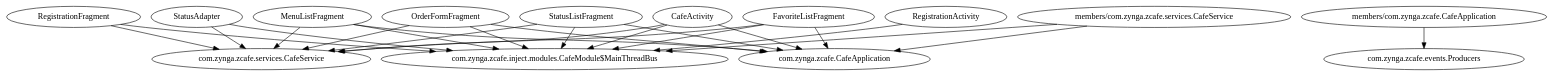
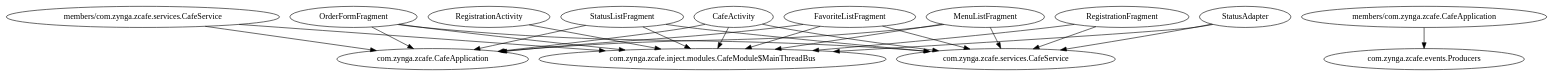
Before and after one commit to jprimas/zCafe: the diagram in zCafe/.apt_generated/com/zynga/zcafe/inject/modules/CafeModule.dot, drawn with Graphviz. The commit also changed 7 other files, not shown here.

```diff
--- a/zCafe/.apt_generated/com/zynga/zcafe/inject/modules/CafeModule.dot
+++ b/zCafe/.apt_generated/com/zynga/zcafe/inject/modules/CafeModule.dot
@@ -1,32 +1,32 @@
 digraph G1 {
   concentrate = true;
   n2 [label="com.zynga.zcafe.services.CafeService"];
   CafeActivity -> n2;
-  n3 [label="com.zynga.zcafe.inject.modules.CafeModule$MainThreadBus"];
+  n3 [label="com.zynga.zcafe.CafeApplication"];
   CafeActivity -> n3;
-  n4 [label="com.zynga.zcafe.CafeApplication"];
+  n4 [label="com.zynga.zcafe.inject.modules.CafeModule$MainThreadBus"];
   CafeActivity -> n4;
   FavoriteListFragment -> n2;
   FavoriteListFragment -> n3;
   FavoriteListFragment -> n4;
   MenuListFragment -> n2;
   MenuListFragment -> n3;
   MenuListFragment -> n4;
   OrderFormFragment -> n2;
   OrderFormFragment -> n3;
   OrderFormFragment -> n4;
-  RegistrationActivity -> n3;
+  RegistrationActivity -> n4;
   RegistrationFragment -> n2;
-  RegistrationFragment -> n3;
+  RegistrationFragment -> n4;
   StatusAdapter -> n2;
-  StatusAdapter -> n3;
+  StatusAdapter -> n4;
   StatusListFragment -> n2;
   StatusListFragment -> n3;
   StatusListFragment -> n4;
   n5 [label="members/com.zynga.zcafe.CafeApplication"];
   n6 [label="com.zynga.zcafe.events.Producers"];
   n5 -> n6;
   n7 [label="members/com.zynga.zcafe.services.CafeService"];
   n7 -> n3;
   n7 -> n4;
 }
```
